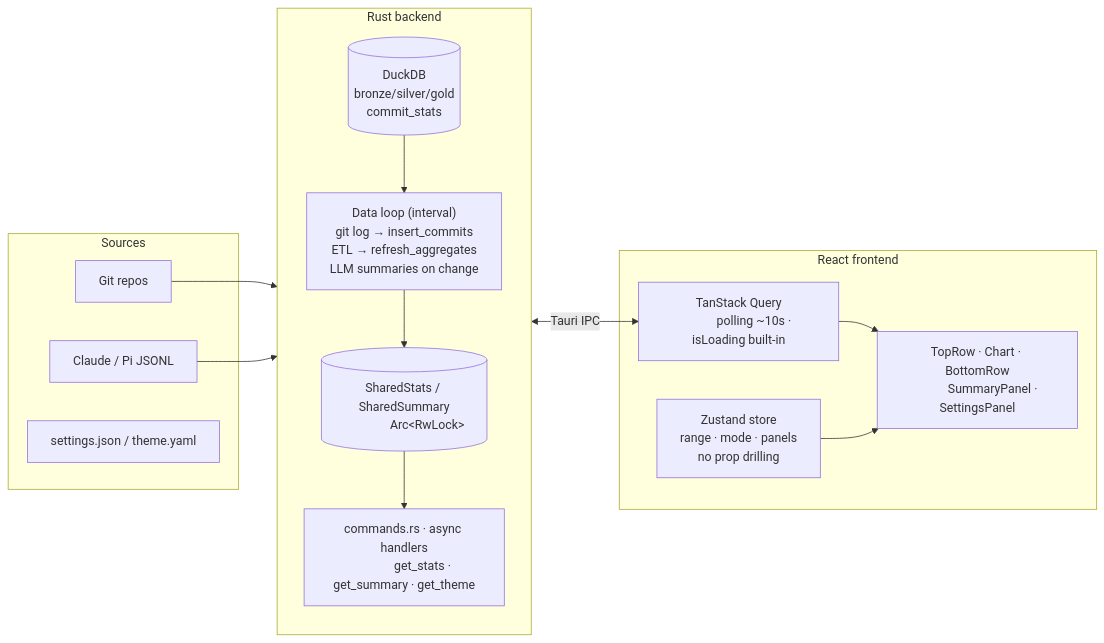
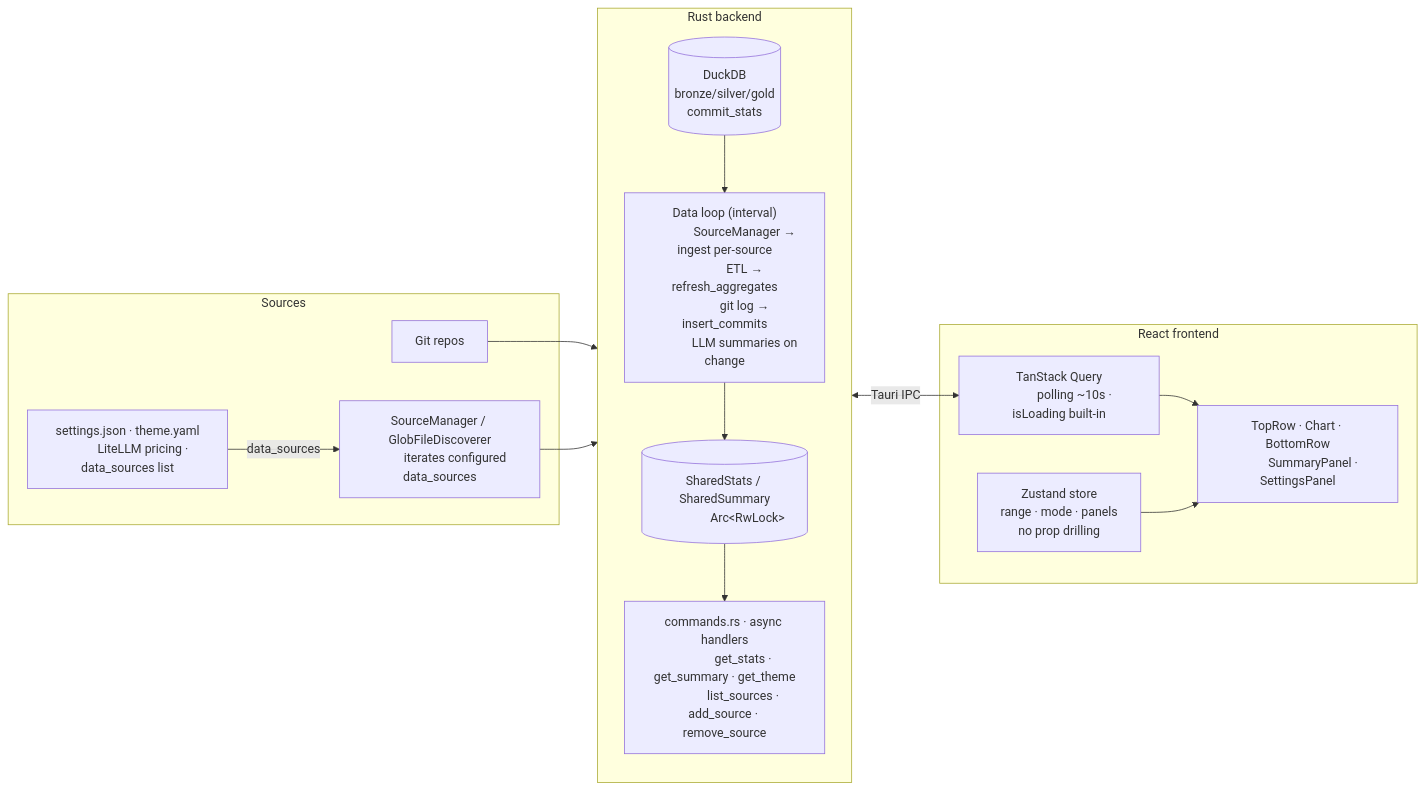
Before and after one commit to evanokeefe39/loc-dock: the diagram in README.md, drawn with Mermaid. The commit also changed other lines of this file and 6 other files, not shown here.

First line of the commit message:
docs: bring docs up to date with multi-source adapters, LiteLLM pricing, and settings.json (#24)

````diff
--- a/README.md
+++ b/README.md
@@ -139,41 +143,45 @@
 ```mermaid
 flowchart LR
     subgraph Sources
         GIT[Git repos]
-        JSONL[Claude / Pi JSONL]
-        CONFIG[settings.json / theme.yaml]
+        SM[SourceManager / GlobFileDiscoverer
+           iterates configured data_sources]
+        CFG[settings.json · theme.yaml
+           LiteLLM pricing · data_sources list]
     end
 
     subgraph "Rust backend"
         direction TB
         DUCKDB[(DuckDB
                 bronze/silver/gold
                 commit_stats)]
         LOOP["Data loop (interval)
+              SourceManager → ingest per-source
+              ETL → refresh_aggregates
               git log → insert_commits
-              ETL → refresh_aggregates
               LLM summaries on change"]
         STATE[(SharedStats / SharedSummary
                Arc&lt;RwLock&gt;)]
         CMDS[commands.rs · async handlers
-             get_stats · get_summary · get_theme]
+             get_stats · get_summary · get_theme
+             list_sources · add_source · remove_source]
     end
 
     subgraph "React frontend"
         TQ[TanStack Query
            polling ~10s · isLoading built-in]
         ZS[Zustand store
            range · mode · panels
            no prop drilling]
         UI[TopRow · Chart · BottomRow
            SummaryPanel · SettingsPanel]
     end
 
     GIT --> LOOP
-    JSONL --> DUCKDB --> LOOP
+    CFG -- data_sources --> SM --> DUCKDB --> LOOP
     LOOP --> STATE
     STATE --> CMDS
     CMDS <-- "Tauri IPC" --> TQ
     TQ --> UI
     ZS --> UI
 ```
````
